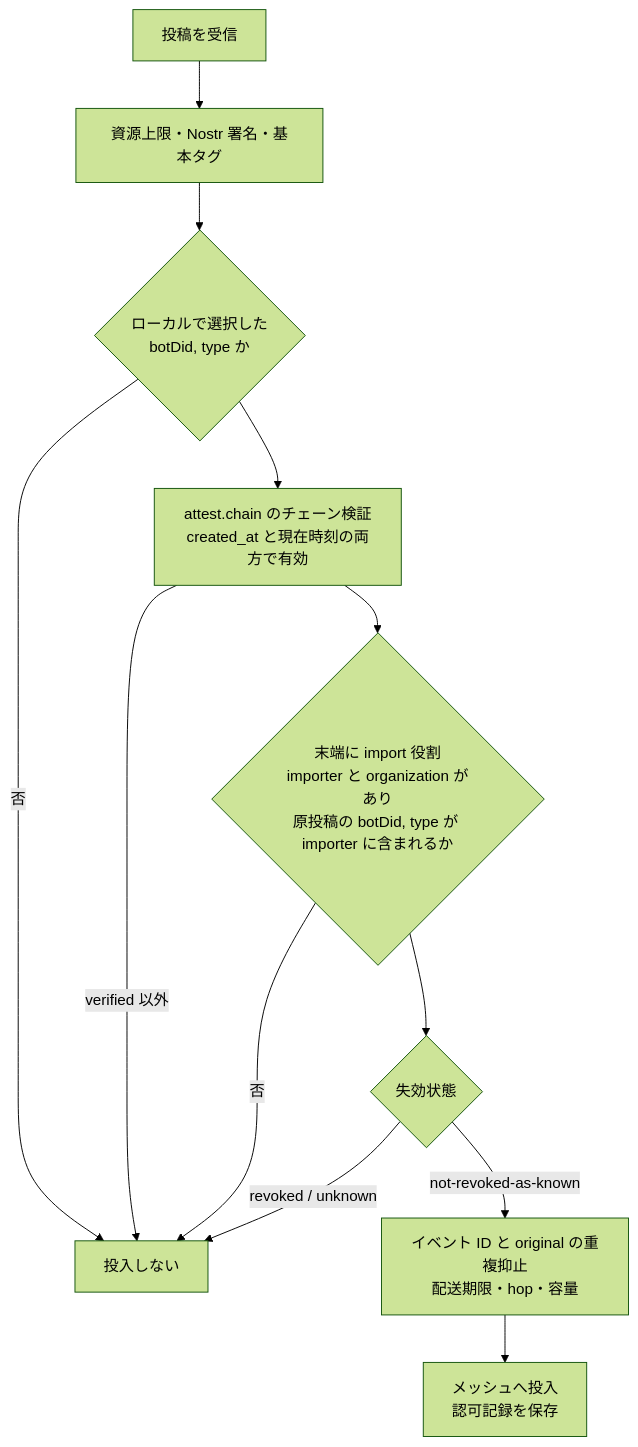
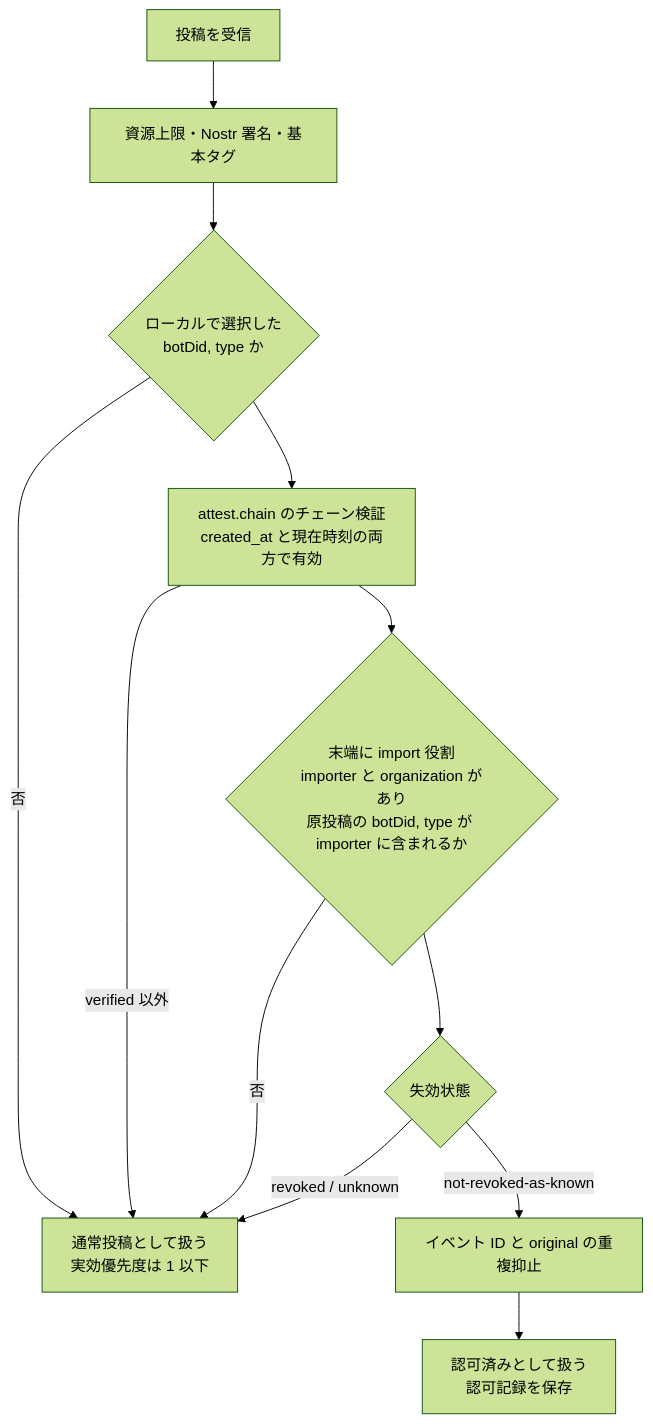
Before and after one commit to jphacks/sd_2607: the second of 2 diagrams in protocol/mosimo/attest/importer/README.md, drawn with Mermaid (forest theme). The commit also changed other lines of this file and 26 other files, not shown here.

````diff
--- a/protocol/mosimo/attest/importer/README.md
+++ b/protocol/mosimo/attest/importer/README.md
@@ -72,14 +72,14 @@
 ```mermaid
 flowchart TD
   e[投稿を受信] --> lim[資源上限・Nostr 署名・基本タグ]
   lim --> sel{ローカルで選択した<br/>botDid, type か}
-  sel -->|否| no[投入しない]
+  sel -->|否| no[通常投稿として扱う<br/>実効優先度は 1 以下]
   sel --> ch[attest.chain のチェーン検証<br/>created_at と現在時刻の両方で有効]
   ch -->|verified 以外| no
   ch --> role{末端に import 役割<br/>importer と organization があり<br/>原投稿の botDid, type が importer に含まれるか}
   role -->|否| no
   role --> rev{失効状態}
   rev -->|revoked / unknown| no
-  rev -->|not-revoked-as-known| dedup[イベント ID と original の重複抑止<br/>配送期限・hop・容量]
-  dedup --> go[メッシュへ投入<br/>認可記録を保存]
+  rev -->|not-revoked-as-known| dedup[イベント ID と original の重複抑止]
+  dedup --> go[認可済みとして扱う<br/>認可記録を保存]
 ```
````
